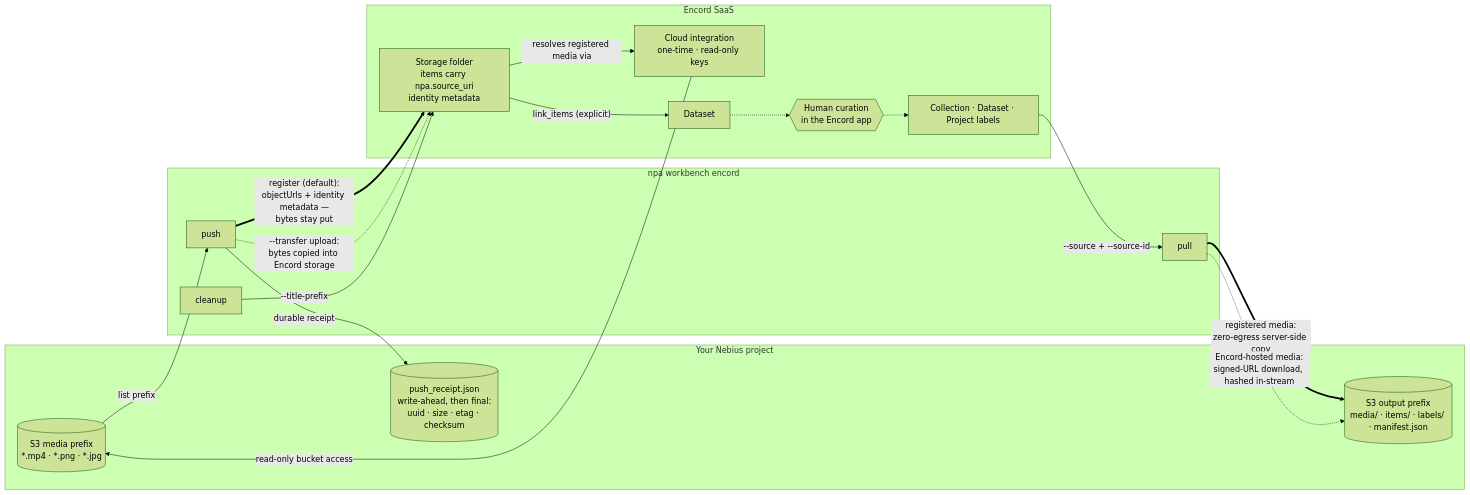
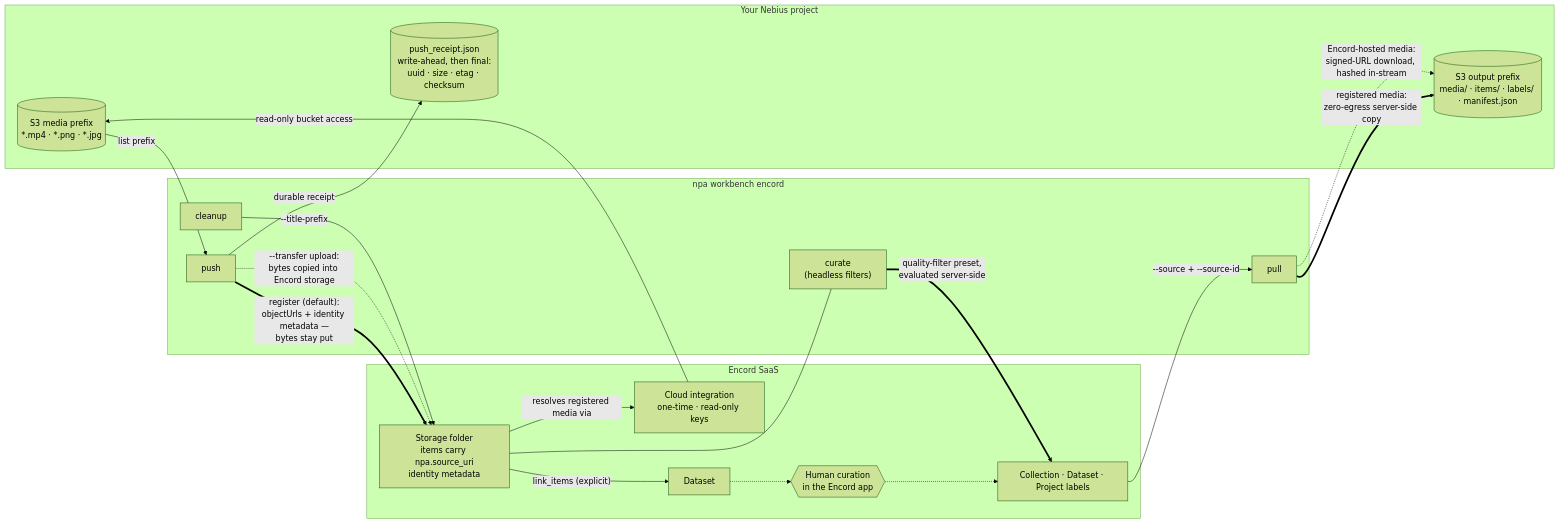
Before and after one commit to jonlwowski012/nebius-physical-ai: the diagram in docs/workbench/encord.md, drawn with Mermaid (forest theme). The commit also changed other lines of this file and 18 other files, not shown here.

First line of the commit message:
feat(encord): headless curate, system-info, and the roundtrip smoke spec

````diff
--- a/docs/workbench/encord.md
+++ b/docs/workbench/encord.md
@@ -45,36 +50,39 @@
 ```mermaid
 flowchart LR
     subgraph nebius["Your Nebius project"]
         SRC[("S3 media prefix<br/>*.mp4 · *.png · *.jpg")]
         RCPT[("push_receipt.json<br/>write-ahead, then final:<br/>uuid · size · etag · checksum")]
         DEST[("S3 output prefix<br/>media/ · items/ · labels/ · manifest.json")]
     end
 
     subgraph cli["npa workbench encord"]
         PUSH["push"]
+        CUR["curate<br/>(headless filters)"]
         PULL["pull"]
         CLN["cleanup"]
     end
 
     subgraph encord["Encord SaaS"]
         INT["Cloud integration<br/>one-time · read-only keys"]
         FOLDER["Storage folder<br/>items carry npa.source_uri<br/>identity metadata"]
         DATASET["Dataset"]
         HCUR{{"Human curation<br/>in the Encord app"}}
         COLL["Collection · Dataset · Project labels"]
     end
 
     SRC -- "list prefix" --> PUSH
     PUSH == "register (default):<br/>objectUrls + identity metadata —<br/>bytes stay put" ==> FOLDER
     PUSH -. "--transfer upload:<br/>bytes copied into Encord storage" .-> FOLDER
     FOLDER -- "resolves registered media via" --> INT
     INT -- "read-only bucket access" --> SRC
     PUSH -- "durable receipt" --> RCPT
     FOLDER -- "link_items (explicit)" --> DATASET
+    CUR == "quality-filter preset,<br/>evaluated server-side" ==> COLL
+    FOLDER --- CUR
     DATASET -.-> HCUR
     HCUR -.-> COLL
     COLL -- "--source + --source-id" --> PULL
     PULL == "registered media:<br/>zero-egress server-side copy" ==> DEST
     PULL -. "Encord-hosted media:<br/>signed-URL download, hashed in-stream" .-> DEST
     CLN -- "--title-prefix" --> FOLDER
 ```
````
